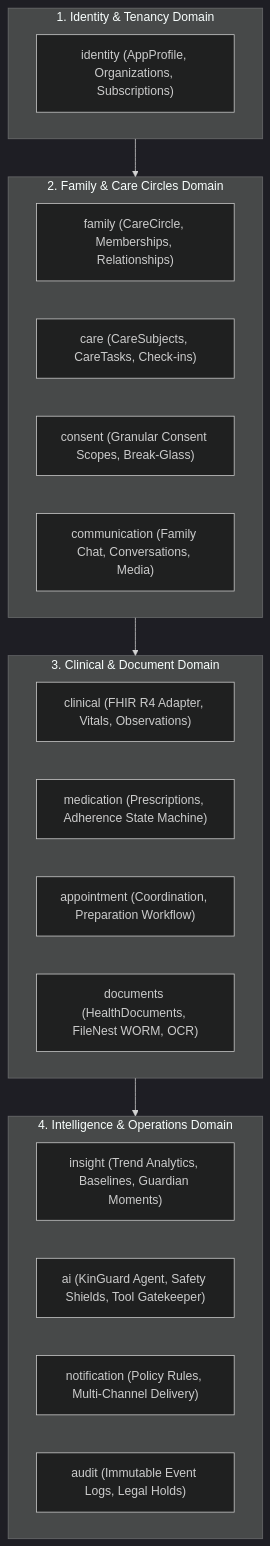
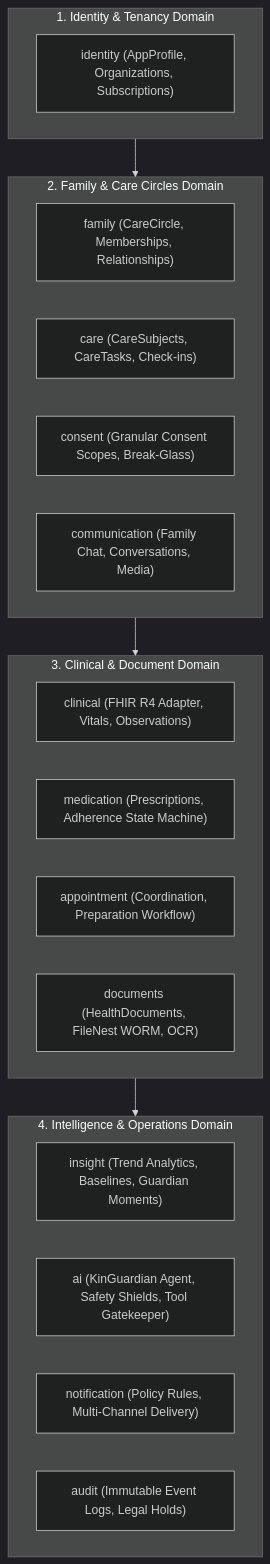
Before and after one commit to OpenHealthAgents/kinguardian-platform: the second of 7 diagrams in platform/kinguard-backend/docs/ARCHITECTURE.md, drawn with Mermaid (dark theme). The commit also changed other lines of this file and 188 other files, not shown here.

Commit message:
feat(branding): finalize KinGuardian rename across all architecture docs, tests, and configs

````diff
--- a/platform/kinguard-backend/docs/ARCHITECTURE.md
+++ b/platform/kinguard-backend/docs/ARCHITECTURE.md
@@ -55,31 +55,31 @@
 ```mermaid
 flowchart TD
     subgraph IdentityContext["1. Identity & Tenancy Domain"]
         ID["identity (AppProfile, Organizations, Subscriptions)"]
     end
 
     subgraph FamilyContext["2. Family & Care Circles Domain"]
         FAM["family (CareCircle, Memberships, Relationships)"]
         CARE["care (CareSubjects, CareTasks, Check-ins)"]
         CONS["consent (Granular Consent Scopes, Break-Glass)"]
         COMM["communication (Family Chat, Conversations, Media)"]
     end
 
     subgraph ClinicalContext["3. Clinical & Document Domain"]
         CLIN["clinical (FHIR R4 Adapter, Vitals, Observations)"]
         MED["medication (Prescriptions, Adherence State Machine)"]
         APPT["appointment (Coordination, Preparation Workflow)"]
         DOC["documents (HealthDocuments, FileNest WORM, OCR)"]
     end
 
     subgraph IntelligenceContext["4. Intelligence & Operations Domain"]
         INS["insight (Trend Analytics, Baselines, Guardian Moments)"]
-        AI["ai (KinGuard Agent, Safety Shields, Tool Gatekeeper)"]
+        AI["ai (KinGuardian Agent, Safety Shields, Tool Gatekeeper)"]
         NOTIF["notification (Policy Rules, Multi-Channel Delivery)"]
         AUDIT["audit (Immutable Event Logs, Legal Holds)"]
     end
 
     IdentityContext --> FamilyContext
     FamilyContext --> ClinicalContext
     ClinicalContext --> IntelligenceContext
 ```
````
